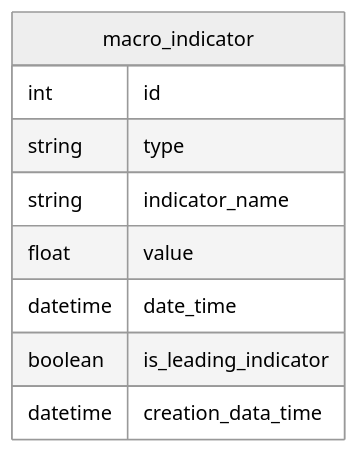
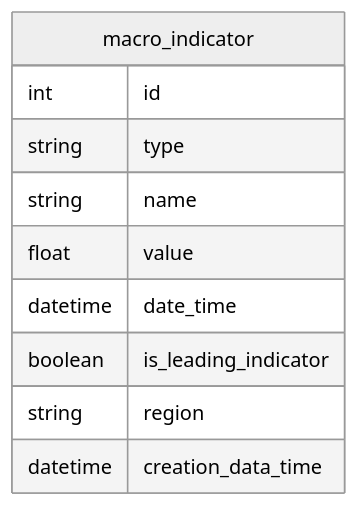
Before and after one commit to hushenglang/investment-dashboard: the diagram in design/db.mmd, drawn with Mermaid (neutral theme). The commit also changed 3 other files, not shown here.

Commit message:
Refactor MacroIndicator model and repository to rename 'indicator_name' to 'name' and add 'region' field. Update related methods in MacroDataService for consistency and default region handling.

```diff
--- a/design/db.mmd
+++ b/design/db.mmd
@@ -1,10 +1,11 @@
 erDiagram
     macro_indicator {
         int id
         string type
-        string indicator_name
+        string name
         float value
         datetime date_time
         boolean is_leading_indicator
+        string region
         datetime creation_data_time
     }
```
